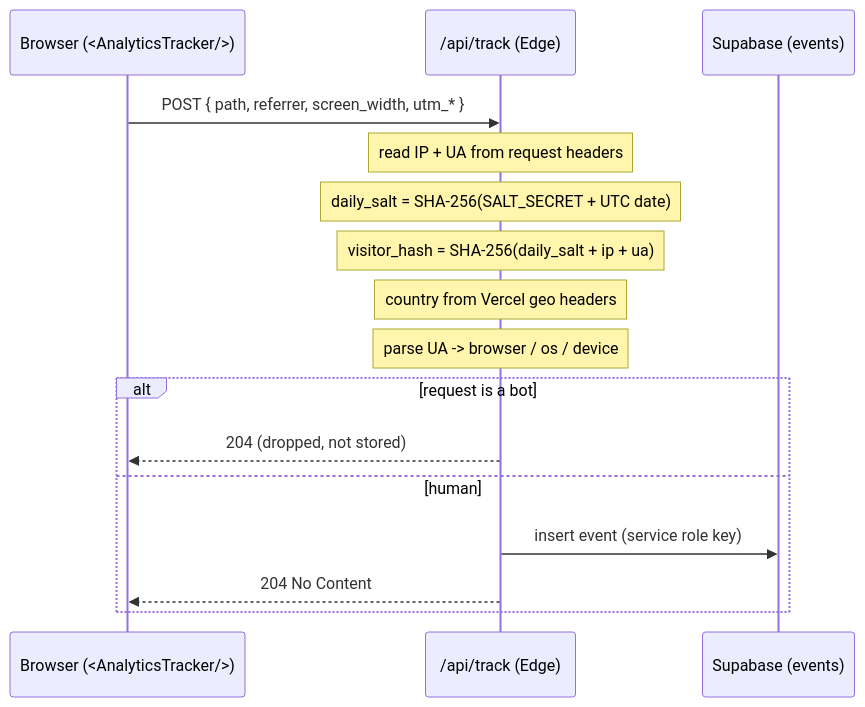
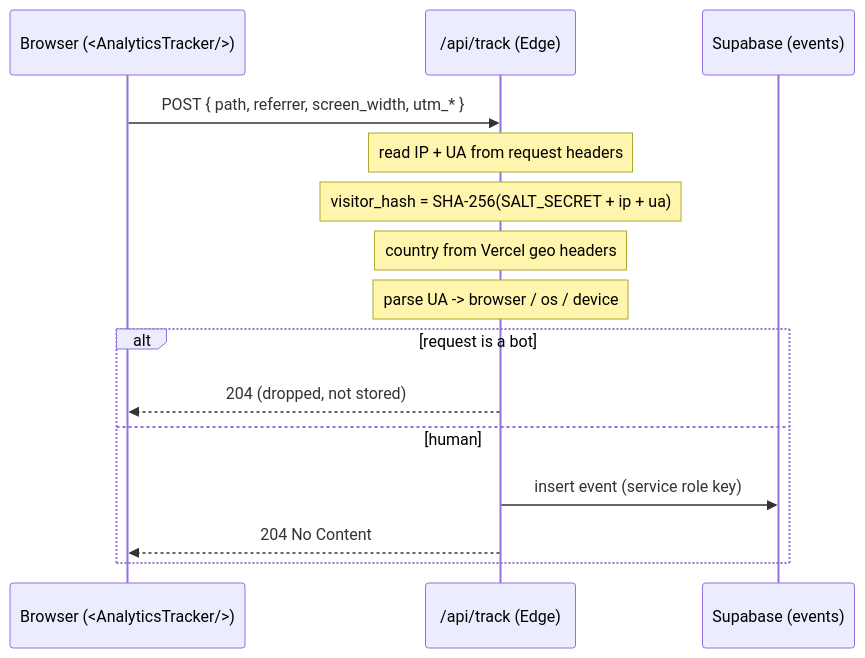
One commit to EthanCJ-git/webapp-with-analytics changed the second of 3 diagrams in docs/ARCHITECTURE.md. Above: the diagram before and after it, drawn with Mermaid. The commit also changed other lines of this file and 5 other files, not shown here.

````diff
--- a/docs/ARCHITECTURE.md
+++ b/docs/ARCHITECTURE.md
@@ -64,19 +64,18 @@
 ```mermaid
 sequenceDiagram
     participant B as Browser (<AnalyticsTracker/>)
     participant E as /api/track (Edge)
     participant S as Supabase (events)
 
     B->>E: POST { path, referrer, screen_width, utm_* }
     Note over E: read IP + UA from request headers
-    Note over E: daily_salt = SHA-256(SALT_SECRET + UTC date)
-    Note over E: visitor_hash = SHA-256(daily_salt + ip + ua)
+    Note over E: visitor_hash = SHA-256(SALT_SECRET + ip + ua)
     Note over E: country from Vercel geo headers
     Note over E: parse UA -> browser / os / device
     alt request is a bot
         E-->>B: 204 (dropped, not stored)
     else human
         E->>S: insert event (service role key)
         E-->>B: 204 No Content
     end
 ```
````
